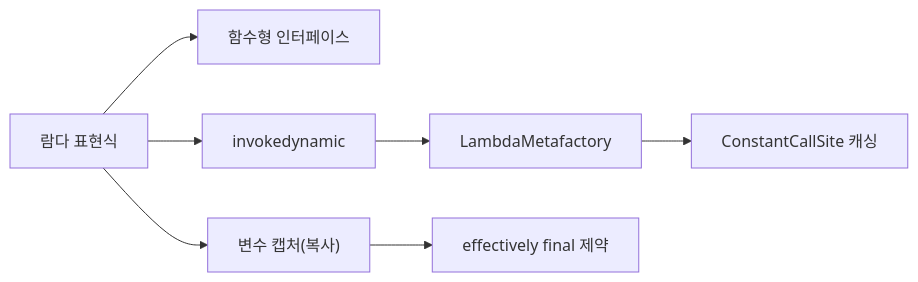
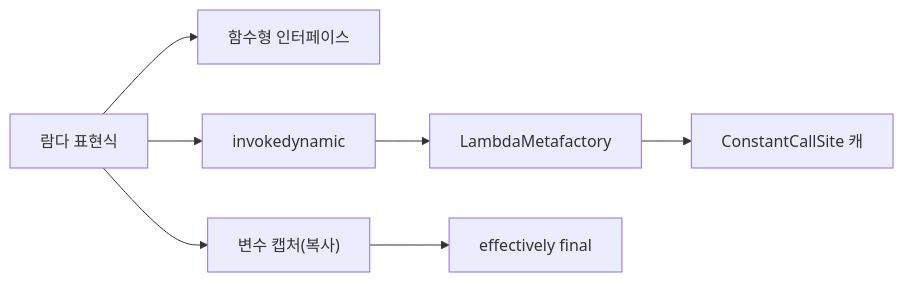
Before and after one commit to yjkim2015/yjkim2015.github.io: the fourth of 4 diagrams in _posts/java/2026-05-01-java-lambda.md, drawn with Mermaid. The commit also changed other lines of this file and 245 other files, not shown here.

First line of the commit message:
Mermaid 다이어그램 전면 수정 + 면접 포인트 접기/펼치기 + DB 데드락 페이지

````diff
--- a/_posts/java/2026-05-01-java-lambda.md
+++ b/_posts/java/2026-05-01-java-lambda.md
@@ -1396,9 +1400,9 @@
 ```mermaid
 graph LR
     LAMBDA["람다 표현식"] --> FI["함수형 인터페이스"]
     LAMBDA --> INDY["invokedynamic"]
     INDY --> LMF["LambdaMetafactory"]
-    LMF --> CS["ConstantCallSite 캐싱"]
+    LMF --> CS["ConstantCallSite 캐"]
     LAMBDA --> CAP["변수 캡처(복사)"]
-    CAP --> EF["effectively final 제약"]
+    CAP --> EF["effectively final "]
 ```
````
